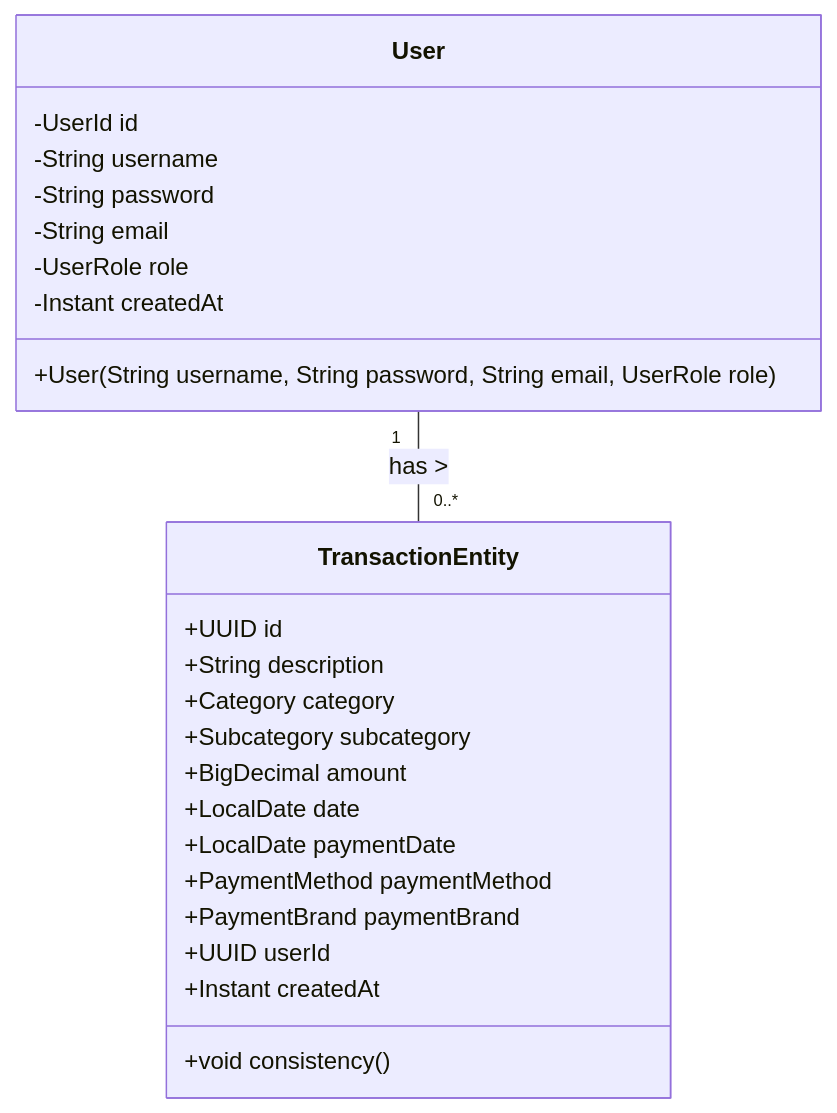
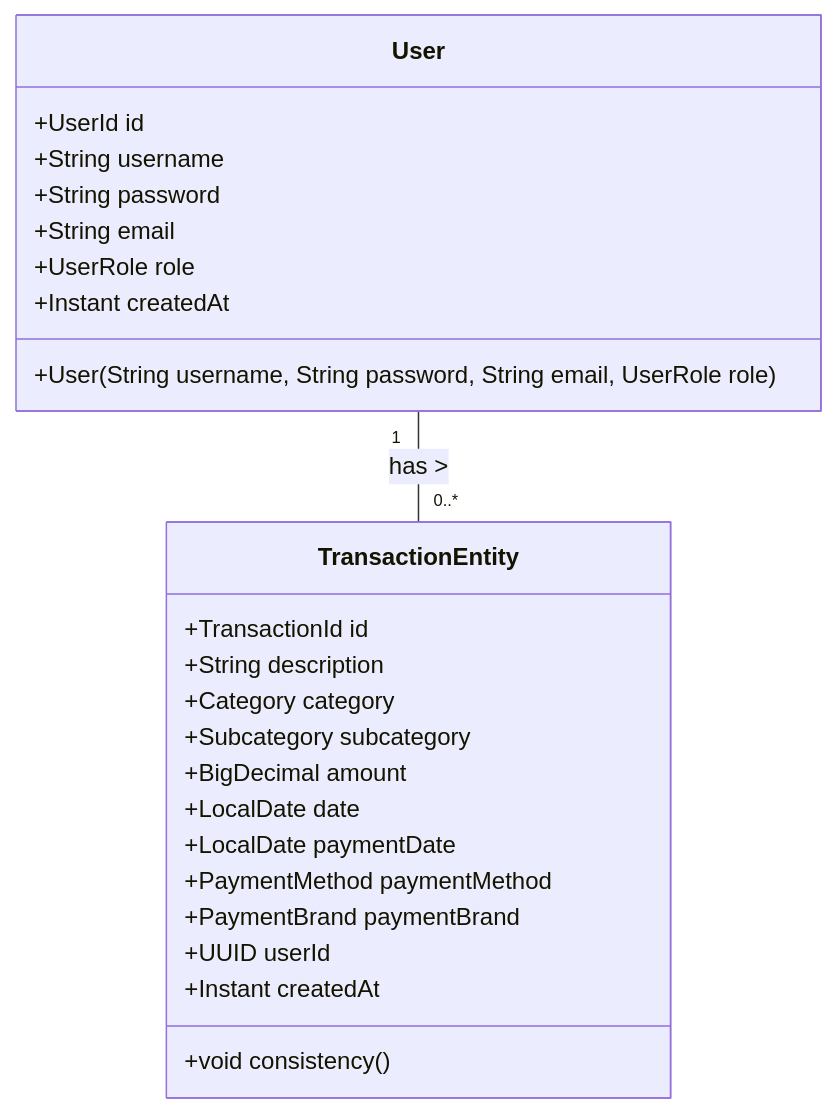
The first of 3 diagrams in README.md (Anderson-G-Silva/budget), drawn with Mermaid before and after one commit. The commit also changed other lines of this file, not shown here.

````diff
--- a/README.md
+++ b/README.md
@@ -6,30 +6,30 @@
 ```mermaid
 classDiagram
     class TransactionEntity {
-        +UUID id
+        +TransactionId id
         +String description
         +Category category
         +Subcategory subcategory
         +BigDecimal amount
         +LocalDate date
         +LocalDate paymentDate
         +PaymentMethod paymentMethod
         +PaymentBrand paymentBrand
         +UUID userId
         +Instant createdAt
         +void consistency()
     }
 
     class User {
-        -UserId id
-        -String username
-        -String password
-        -String email
-        -UserRole role
-        -Instant createdAt
+        +UserId id
+        +String username
+        +String password
+        +String email
+        +UserRole role
+        +Instant createdAt
         +User(String username, String password, String email, UserRole role)
     }
 
     User "1" -- "0..*" TransactionEntity : has >
 
 ```
````
